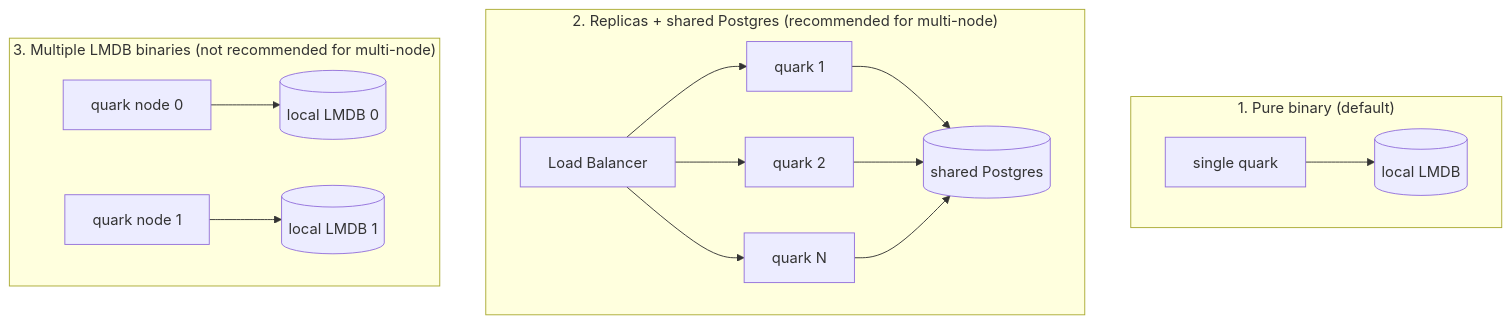
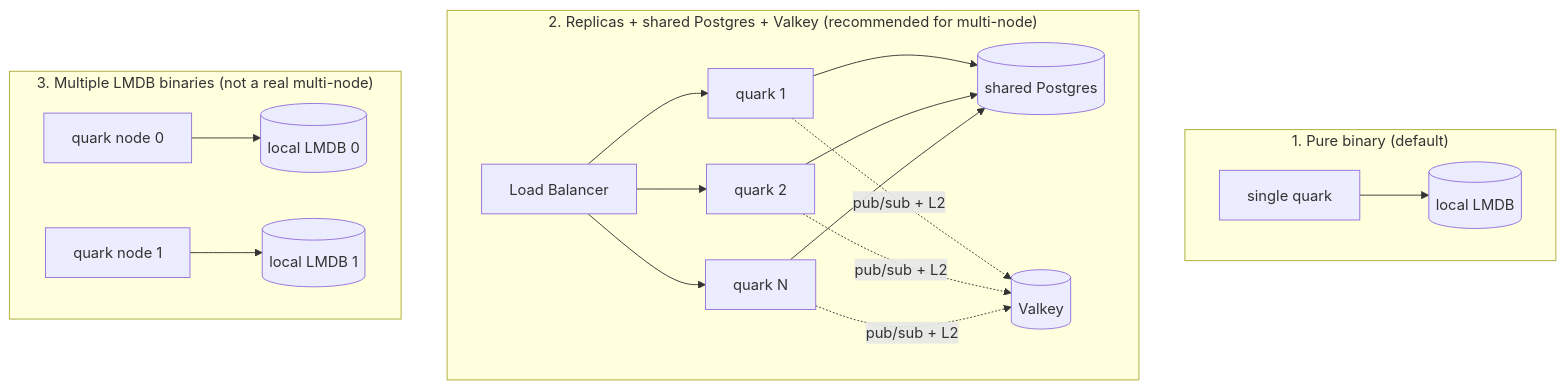
The diagram in docs/SCALING.md (lucasolopes/quark), drawn with Mermaid before and after one commit. The commit also changed other lines of this file and 1 other file, not shown here.

First line of the commit message:
docs(scaling): atomic counters (not a hotspot), durable webhook + ingestion rows, audit link

````diff
--- a/docs/SCALING.md
+++ b/docs/SCALING.md
@@ -11,18 +12,21 @@
 ```mermaid
 flowchart TB
     subgraph F1["1. Pure binary (default)"]
         A1[single quark] --> L1[(local LMDB)]
     end
-    subgraph F2["2. Replicas + shared Postgres (recommended for multi-node)"]
+    subgraph F2["2. Replicas + shared Postgres + Valkey (recommended for multi-node)"]
         LB[Load Balancer] --> R1[quark 1]
         LB --> R2[quark 2]
         LB --> R3[quark N]
         R1 --> PG[(shared Postgres)]
         R2 --> PG
         R3 --> PG
+        R1 -.pub/sub + L2.-> VK[(Valkey)]
+        R2 -.pub/sub + L2.-> VK
+        R3 -.pub/sub + L2.-> VK
     end
-    subgraph F3["3. Multiple LMDB binaries (not recommended for multi-node)"]
+    subgraph F3["3. Multiple LMDB binaries (not a real multi-node)"]
         N1[quark node 0] --> D1[(local LMDB 0)]
         N2[quark node 1] --> D2[(local LMDB 1)]
     end
 ```
````
